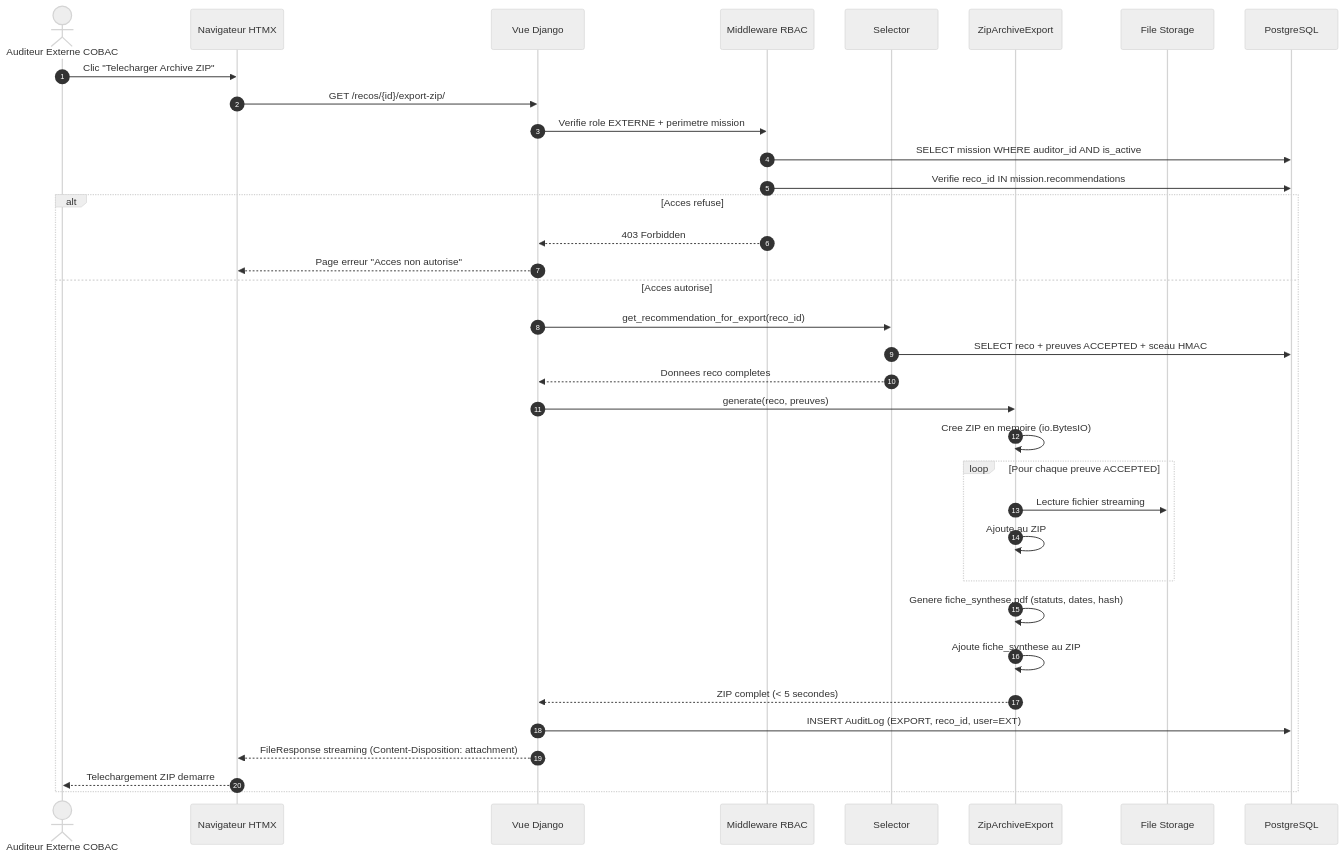
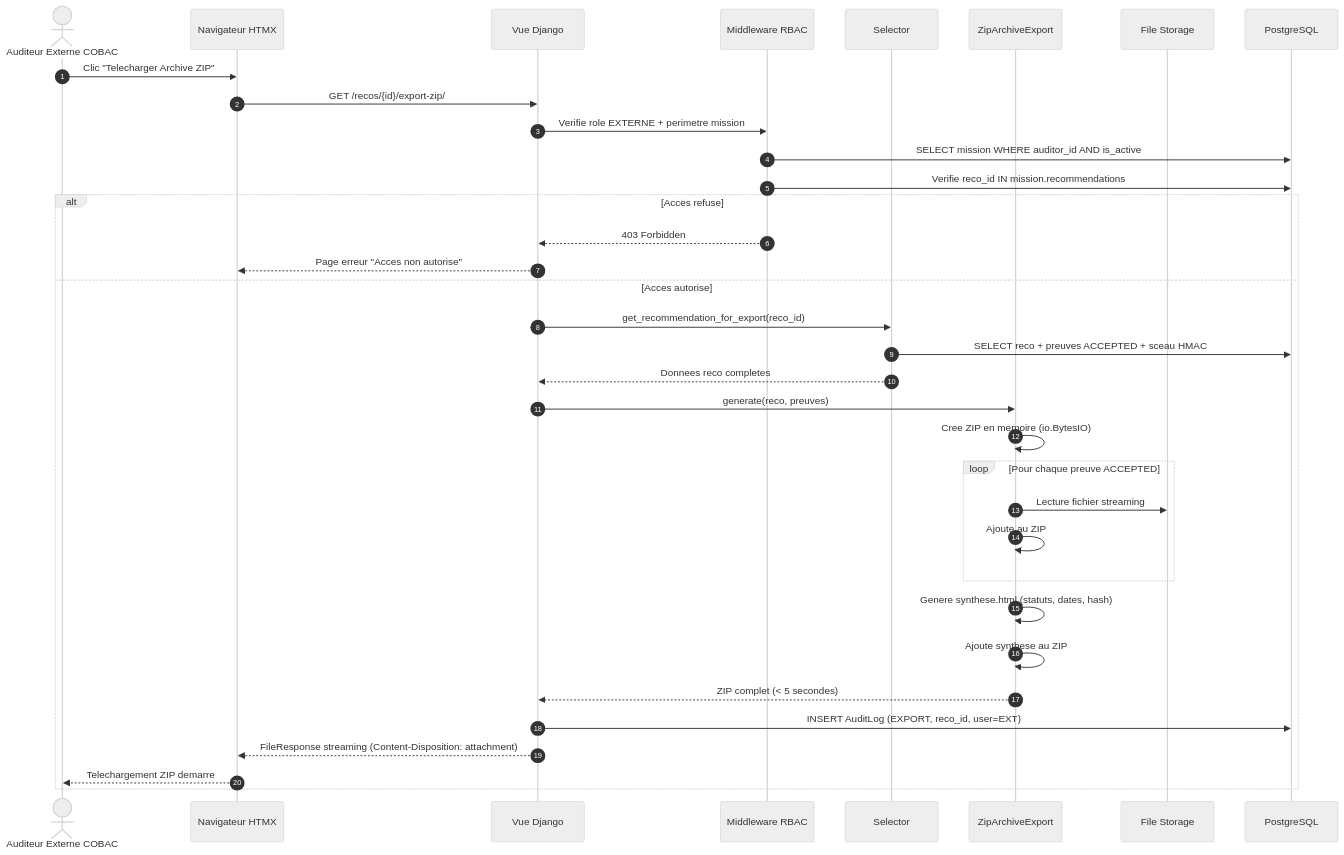
One commit to Tchendjou2003/bicec--Sentinel changed diagram 12 of 20 in _bmad-output/planning-artifacts/system-diagrams.md. Above: the diagram before and after it, drawn with Mermaid (neutral theme). The commit also changed other lines of this file and 7 other files, not shown here.

Commit message:
feat: add planning artifacts including UX design specifications, architecture, and project documentation

````diff
--- a/_bmad-output/planning-artifacts/system-diagrams.md
+++ b/_bmad-output/planning-artifacts/system-diagrams.md
@@ -756,42 +776,42 @@
 ```mermaid
 sequenceDiagram
     autonumber
     actor EXT as Auditeur Externe COBAC
     participant HTML as Navigateur HTMX
     participant VUE as Vue Django
     participant RBAC as Middleware RBAC
     participant SEL as Selector
     participant EXP as ZipArchiveExport
     participant DISK as File Storage
     participant DB as PostgreSQL
 
     EXT->>HTML: Clic "Telecharger Archive ZIP"
     HTML->>VUE: GET /recos/{id}/export-zip/
 
     VUE->>RBAC: Verifie role EXTERNE + perimetre mission
     RBAC->>DB: SELECT mission WHERE auditor_id AND is_active
     RBAC->>DB: Verifie reco_id IN mission.recommendations
 
     alt Acces refuse
         RBAC-->>VUE: 403 Forbidden
         VUE-->>HTML: Page erreur "Acces non autorise"
     else Acces autorise
         VUE->>SEL: get_recommendation_for_export(reco_id)
         SEL->>DB: SELECT reco + preuves ACCEPTED + sceau HMAC
         SEL-->>VUE: Donnees reco completes
 
         VUE->>EXP: generate(reco, preuves)
         EXP->>EXP: Cree ZIP en memoire (io.BytesIO)
         loop Pour chaque preuve ACCEPTED
             EXP->>DISK: Lecture fichier streaming
             EXP->>EXP: Ajoute au ZIP
         end
-        EXP->>EXP: Genere fiche_synthese.pdf (statuts, dates, hash)
-        EXP->>EXP: Ajoute fiche_synthese au ZIP
+        EXP->>EXP: Genere synthese.html (statuts, dates, hash)
+        EXP->>EXP: Ajoute synthese au ZIP
         EXP-->>VUE: ZIP complet (< 5 secondes)
 
         VUE->>DB: INSERT AuditLog (EXPORT, reco_id, user=EXT)
         VUE-->>HTML: FileResponse streaming (Content-Disposition: attachment)
         HTML-->>EXT: Telechargement ZIP demarre
     end
 ```
````
